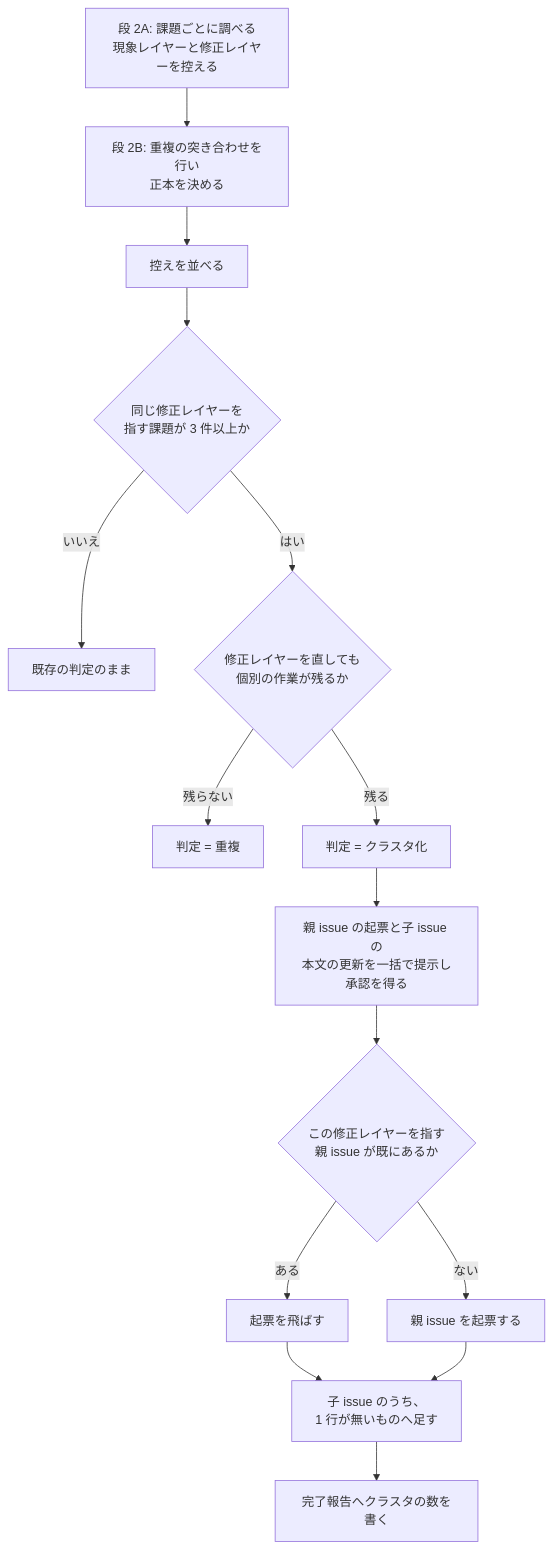
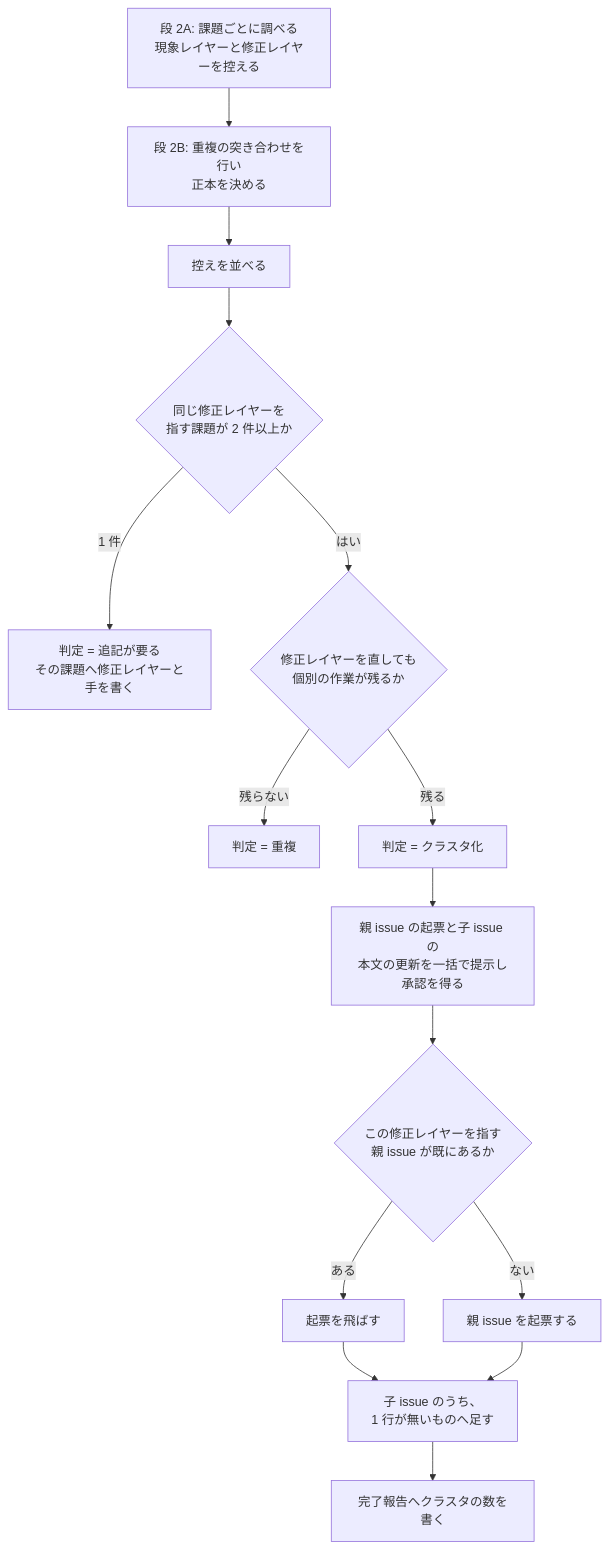
Before and after one commit to devbasex/ai-plugins: the first of 3 diagrams in issues/issue-712-713-design.md, drawn with Mermaid. The commit also changed other lines of this file and 2 other files, not shown here.

````diff
--- a/issues/issue-712-713-design.md
+++ b/issues/issue-712-713-design.md
@@ -214,17 +219,17 @@
 ```mermaid
 flowchart TD
     A["段 2A: 課題ごとに調べる<br/>現象レイヤーと修正レイヤーを控える"] --> B0["段 2B: 重複の突き合わせを行い<br/>正本を決める"]
     B0 --> B["控えを並べる"]
-    B --> C{"同じ修正レイヤーを<br/>指す課題が 3 件以上か"}
-    C -->|いいえ| D["既存の判定のまま"]
+    B --> C{"同じ修正レイヤーを<br/>指す課題が 2 件以上か"}
+    C -->|1 件| D["判定 = 追記が要る<br/>その課題へ修正レイヤーと手を書く"]
     C -->|はい| E{"修正レイヤーを直しても<br/>個別の作業が残るか"}
     E -->|残らない| D2["判定 = 重複"]
     E -->|残る| H["判定 = クラスタ化"]
     H --> I["親 issue の起票と子 issue の<br/>本文の更新を一括で提示し承認を得る"]
     I --> J{"この修正レイヤーを指す<br/>親 issue が既にあるか"}
     J -->|ある| K["起票を飛ばす"]
     J -->|ない| L["親 issue を起票する"]
     K --> M["子 issue のうち、<br/>1 行が無いものへ足す"]
     L --> M
     M --> N["完了報告へクラスタの数を書く"]
 ```
````
